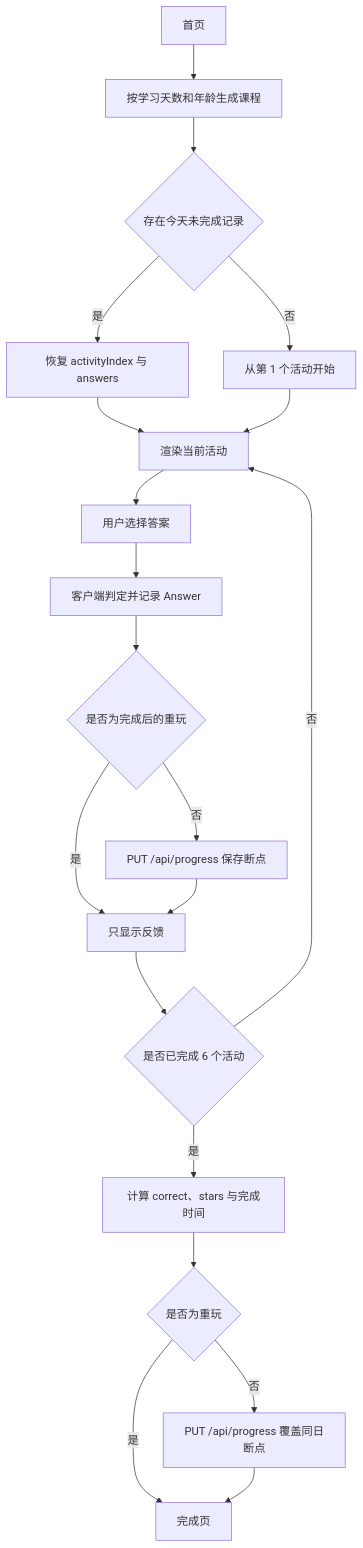
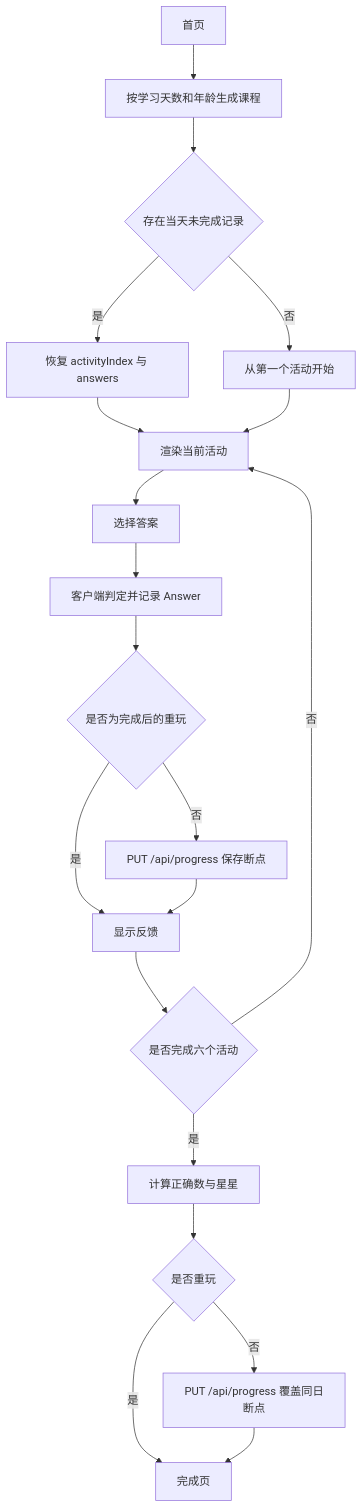
The second of 3 diagrams in docs/codinghub/flows.md (guccang/yuanbao), drawn with Mermaid before and after one commit. The commit also changed other lines of this file and 3 other files, not shown here.

Commit message:
codinghub(run_ce46aa55-a059-4023-a26f-5c6cb23986c4): 已仅更新 docs/codinghub/overview.md、architecture.md、flows.md、development.md：基于当前仓库真实的源码与配置补全项目概览、模块边界与数据结构、运行链路和开发维护说明，文档均为无 BOM 的 UTF-8，并包含标准 Mermaid 图及相互链接；已修正无法由仓库证实的旧引用。语法检查未执行，因为当前环境未安装 node。

````diff
--- a/docs/codinghub/flows.md
+++ b/docs/codinghub/flows.md
@@ -60,22 +51,22 @@
 ```mermaid
 flowchart TD
     Home[首页] --> Generate[按学习天数和年龄生成课程]
-    Generate --> Draft{存在今天未完成记录}
+    Generate --> Draft{存在当天未完成记录}
     Draft -->|是| Resume[恢复 activityIndex 与 answers]
-    Draft -->|否| Start[从第 1 个活动开始]
+    Draft -->|否| Start[从第一个活动开始]
     Resume --> Show[渲染当前活动]
     Start --> Show
-    Show --> Choose[用户选择答案]
+    Show --> Choose[选择答案]
     Choose --> Evaluate[客户端判定并记录 Answer]
     Evaluate --> Review{是否为完成后的重玩}
     Review -->|否| SaveDraft[PUT /api/progress 保存断点]
-    Review -->|是| Feedback[只显示反馈]
+    Review -->|是| Feedback[显示反馈]
     SaveDraft --> Feedback
-    Feedback --> Last{是否已完成 6 个活动}
+    Feedback --> Last{是否完成六个活动}
     Last -->|否| Show
-    Last -->|是| Summary[计算 correct、stars 与完成时间]
-    Summary --> ReviewDone{是否为重玩}
-    ReviewDone -->|否| SaveDone[PUT /api/progress 覆盖同日断点]
-    ReviewDone -->|是| Complete[完成页]
+    Last -->|是| Summary[计算正确数与星星]
+    Summary --> WriteDone{是否重玩}
+    WriteDone -->|否| SaveDone[PUT /api/progress 覆盖同日断点]
+    WriteDone -->|是| Complete[完成页]
     SaveDone --> Complete
 ```
````
